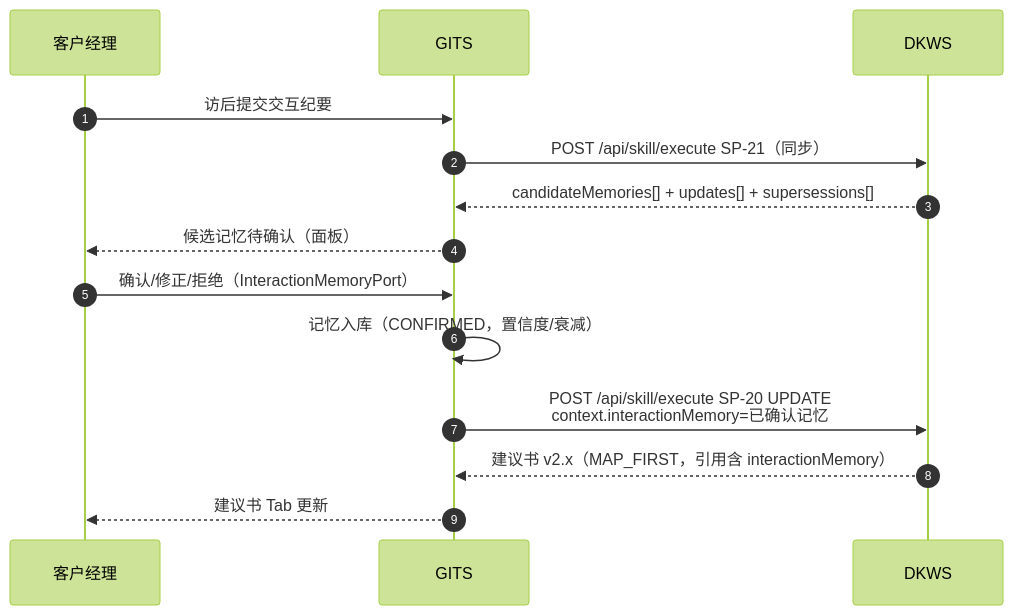
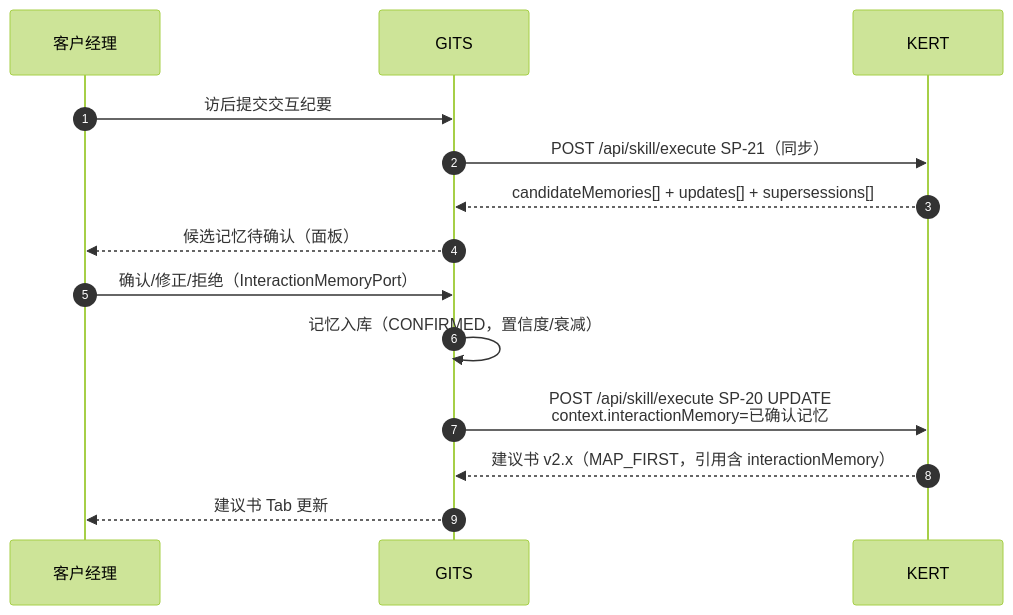
Before and after one commit to shaozhongfei001/Leibniz-KERT: the second of 2 diagrams in docs/gits-integration-samples-v14.md, drawn with Mermaid (forest theme). The commit also changed other lines of this file and 521 other files, not shown here.

First line of the commit message:
refactor: rename dkws to kert across repository

````diff
--- a/docs/gits-integration-samples-v14.md
+++ b/docs/gits-integration-samples-v14.md
@@ -262,16 +262,16 @@
 ```mermaid
 sequenceDiagram
     autonumber
     participant RM as 客户经理
     participant G as GITS
-    participant D as DKWS
+    participant D as KERT
     RM->>G: 访后提交交互纪要
     G->>D: POST /api/skill/execute SP-21（同步）
     D-->>G: candidateMemories[] + updates[] + supersessions[]
     G-->>RM: 候选记忆待确认（面板）
     RM->>G: 确认/修正/拒绝（InteractionMemoryPort）
     G->>G: 记忆入库（CONFIRMED，置信度/衰减）
     G->>D: POST /api/skill/execute SP-20 UPDATE<br/>context.interactionMemory=已确认记忆
     D-->>G: 建议书 v2.x（MAP_FIRST，引用含 interactionMemory）
     G-->>RM: 建议书 Tab 更新
 ```
````
